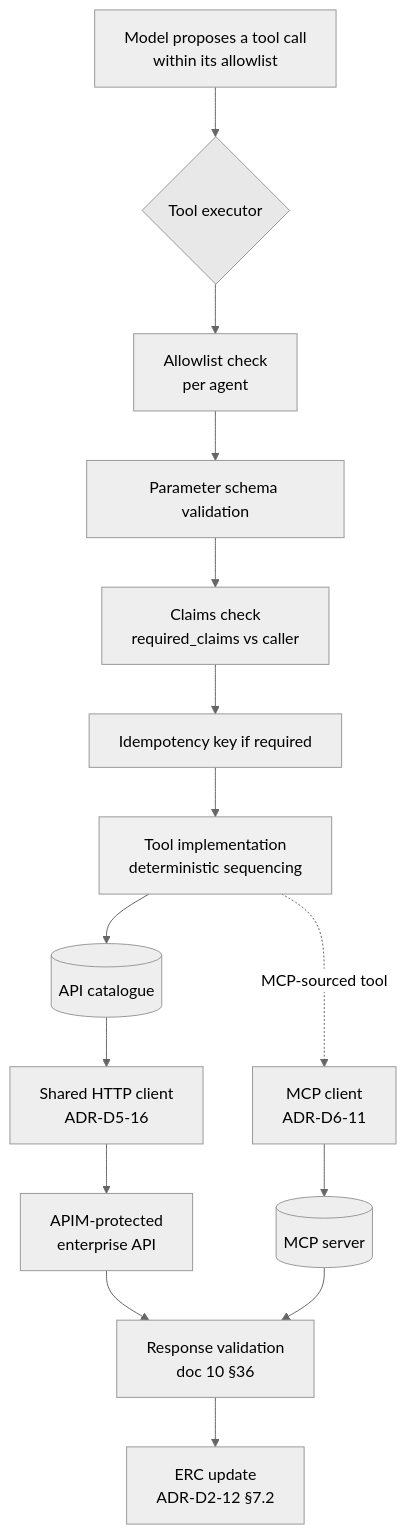
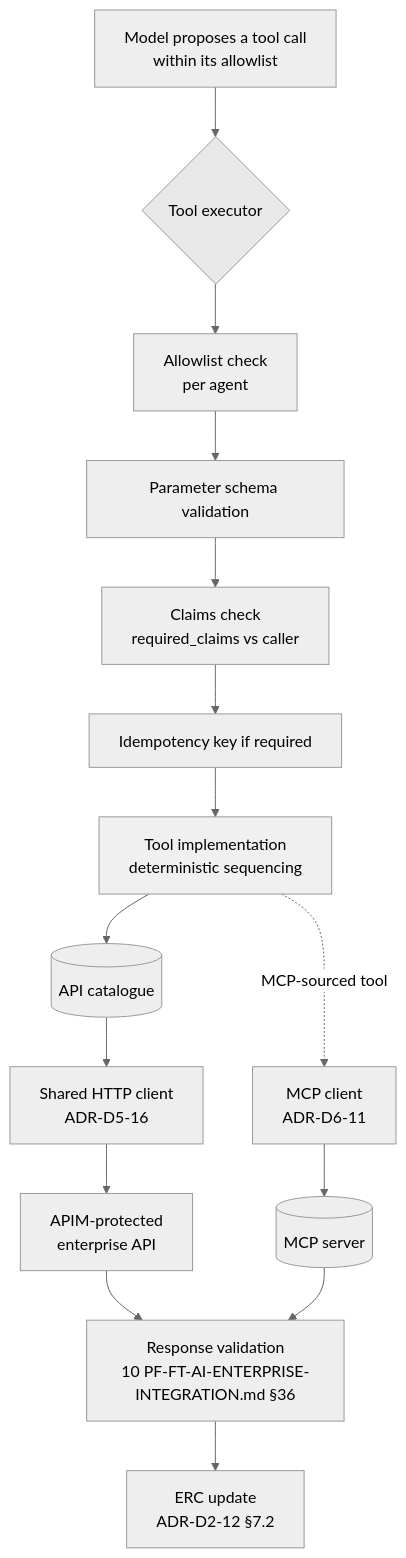
One commit to gobimca87/PF-FT changed the diagram in docs/architecture/adr/02-application-architecture/ADR-D2-13-enterprise-integration-pattern.md. Above: the diagram before and after it, drawn with Mermaid (neutral theme). The commit also changed other lines of this file and 143 other files, not shown here.

````diff
--- a/docs/architecture/adr/02-application-architecture/ADR-D2-13-enterprise-integration-pattern.md
+++ b/docs/architecture/adr/02-application-architecture/ADR-D2-13-enterprise-integration-pattern.md
@@ -334,20 +334,20 @@
 ```mermaid
 flowchart TD
     M[Model proposes a tool call<br/>within its allowlist] --> EX{Tool executor}
     EX --> A1[Allowlist check<br/>per agent]
     A1 --> A2[Parameter schema validation]
     A2 --> A3[Claims check<br/>required_claims vs caller]
     A3 --> A4[Idempotency key if required]
     A4 --> IMPL[Tool implementation<br/>deterministic sequencing]
     IMPL --> CAT[(API catalogue)]
     CAT --> CL[Shared HTTP client<br/>ADR-D5-16]
     CL --> APIM[APIM-protected<br/>enterprise API]
     IMPL -.MCP-sourced tool.-> MCPC[MCP client<br/>ADR-D6-11]
     MCPC --> MCPS[(MCP server)]
-    APIM --> RV[Response validation<br/>doc 10 §36]
+    APIM --> RV[Response validation<br/>10 PF-FT-AI-ENTERPRISE-INTEGRATION.md §36]
     MCPS --> RV
     RV --> ERC[ERC update<br/>ADR-D2-12 §7.2]
 
     style EX fill:#e8e8e8
     style IMPL fill:#f0f0f0
 ```
````
